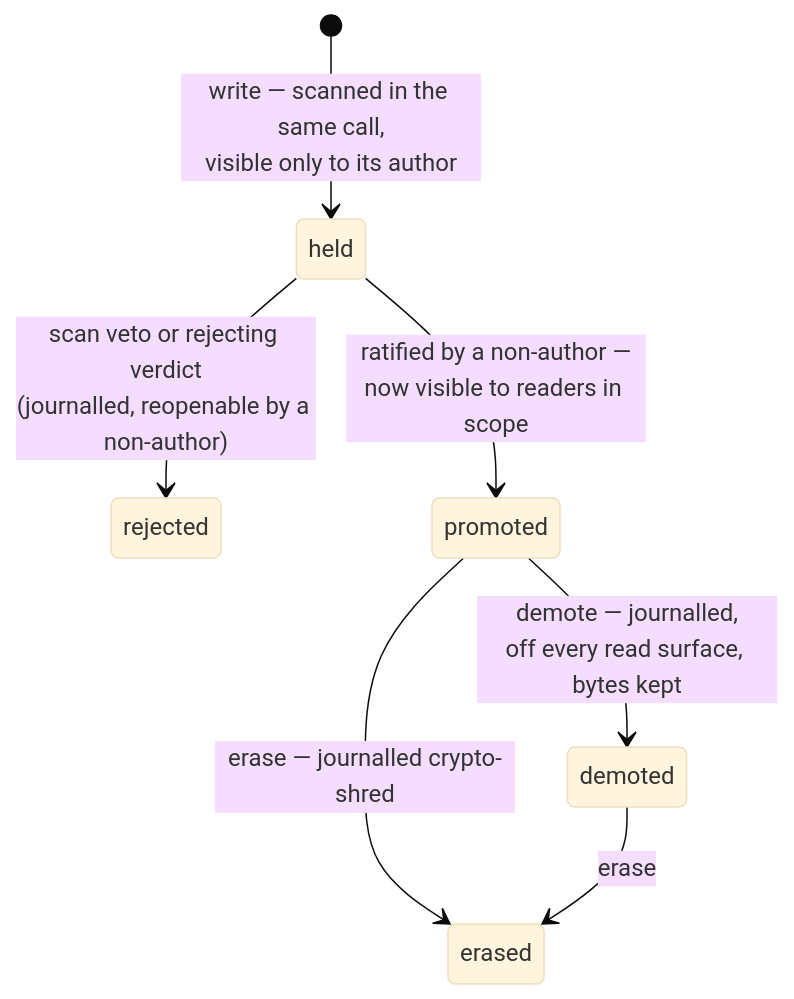
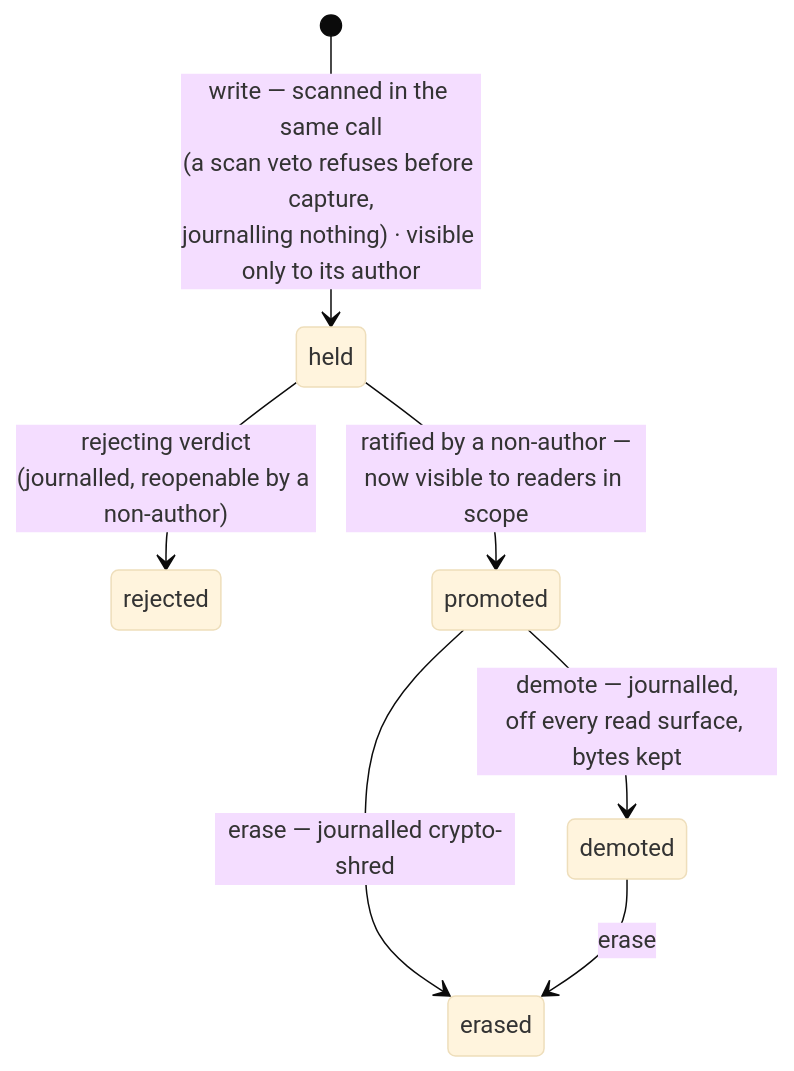
One commit to e8kor/open-memory-lab changed the first of 2 diagrams in docs/concepts.md. Above: the diagram before and after it, drawn with Mermaid (base theme). The commit also changed 8 other files, not shown here.

````diff
--- a/docs/concepts.md
+++ b/docs/concepts.md
@@ -51,9 +51,9 @@
 ```mermaid
 stateDiagram-v2
-    [*] --> held : write — scanned in the same call,<br/>visible only to its author
-    held --> rejected : scan veto or rejecting verdict<br/>(journalled, reopenable by a non-author)
+    [*] --> held : write — scanned in the same call<br/>(a scan veto refuses before capture,<br/>journalling nothing) · visible only to its author
+    held --> rejected : rejecting verdict<br/>(journalled, reopenable by a non-author)
     held --> promoted : ratified by a non-author —<br/>now visible to readers in scope
     promoted --> demoted : demote — journalled,<br/>off every read surface, bytes kept
     promoted --> erased : erase — journalled crypto-shred
     demoted --> erased : erase
 ```
````
